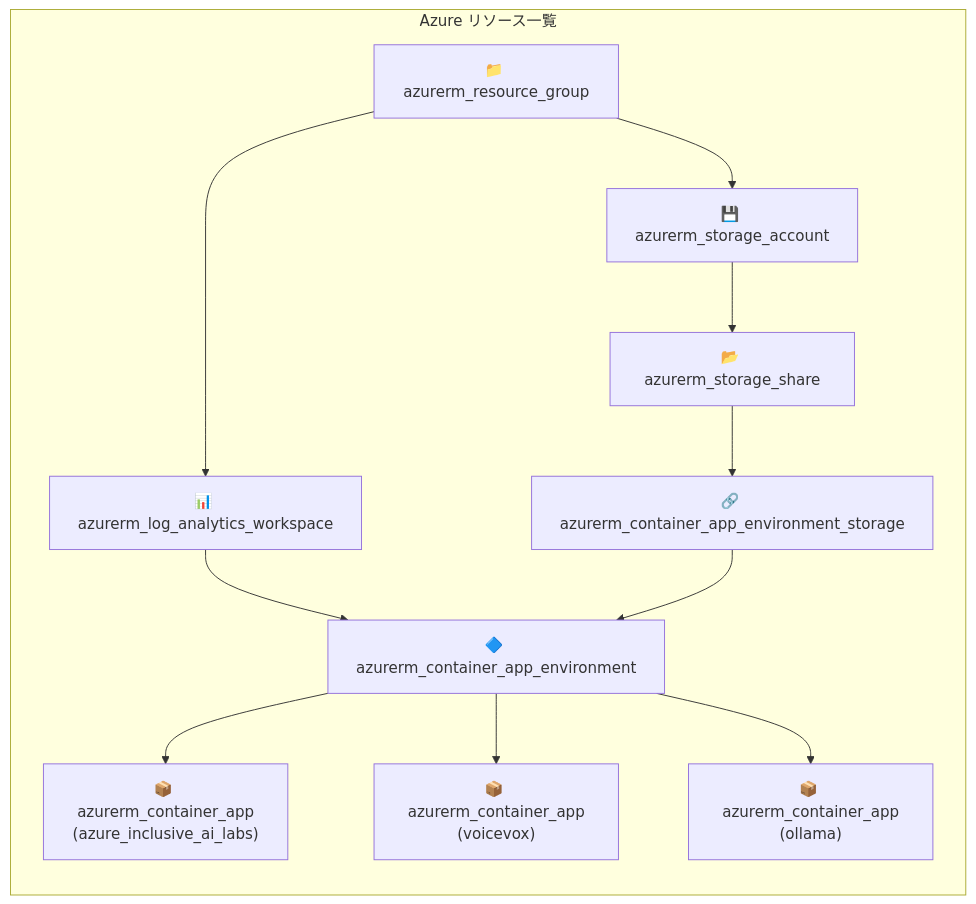
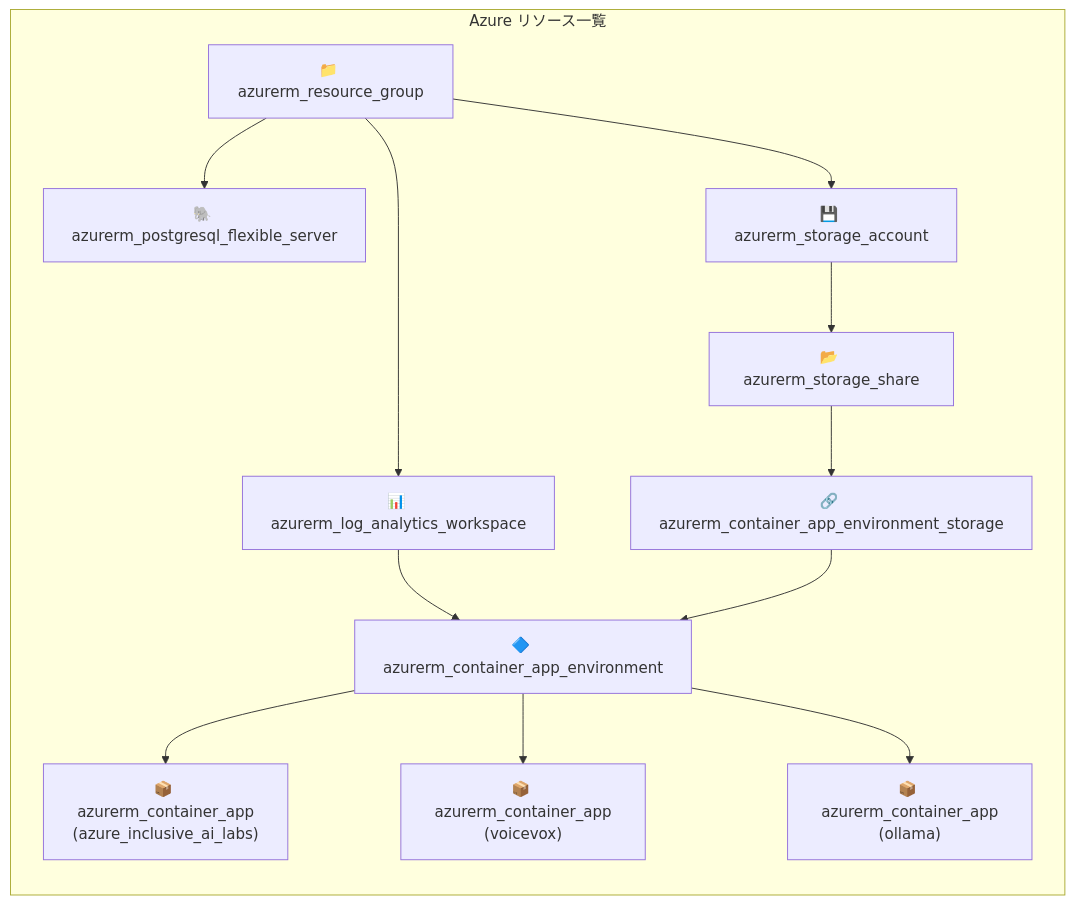
One commit to ks6088ts/template-terraform changed the second of 12 diagrams in infra/scenarios/azure_inclusive_ai_labs/README.md. Above: the diagram before and after it, drawn with Mermaid. The commit also changed other lines of this file and 3 other files, not shown here.

````diff
--- a/infra/scenarios/azure_inclusive_ai_labs/README.md
+++ b/infra/scenarios/azure_inclusive_ai_labs/README.md
@@ -68,25 +71,27 @@
 ```mermaid
 flowchart LR
     subgraph Resources["Azure リソース一覧"]
         direction TB
         RG["📁 azurerm_resource_group"]
         LAW["📊 azurerm_log_analytics_workspace"]
         CAE["🔷 azurerm_container_app_environment"]
+        PSQL["🐘 azurerm_postgresql_flexible_server"]
         SA["💾 azurerm_storage_account"]
         FS["📂 azurerm_storage_share"]
         ES["🔗 azurerm_container_app_environment_storage"]
         CA1["📦 azurerm_container_app<br/>(azure_inclusive_ai_labs)"]
         CA2["📦 azurerm_container_app<br/>(voicevox)"]
         CA3["📦 azurerm_container_app<br/>(ollama)"]
     end
 
     RG --> LAW
+    RG --> PSQL
     RG --> SA
     LAW --> CAE
     SA --> FS
     FS --> ES
     ES --> CAE
     CAE --> CA1
     CAE --> CA2
     CAE --> CA3
 ```
````
